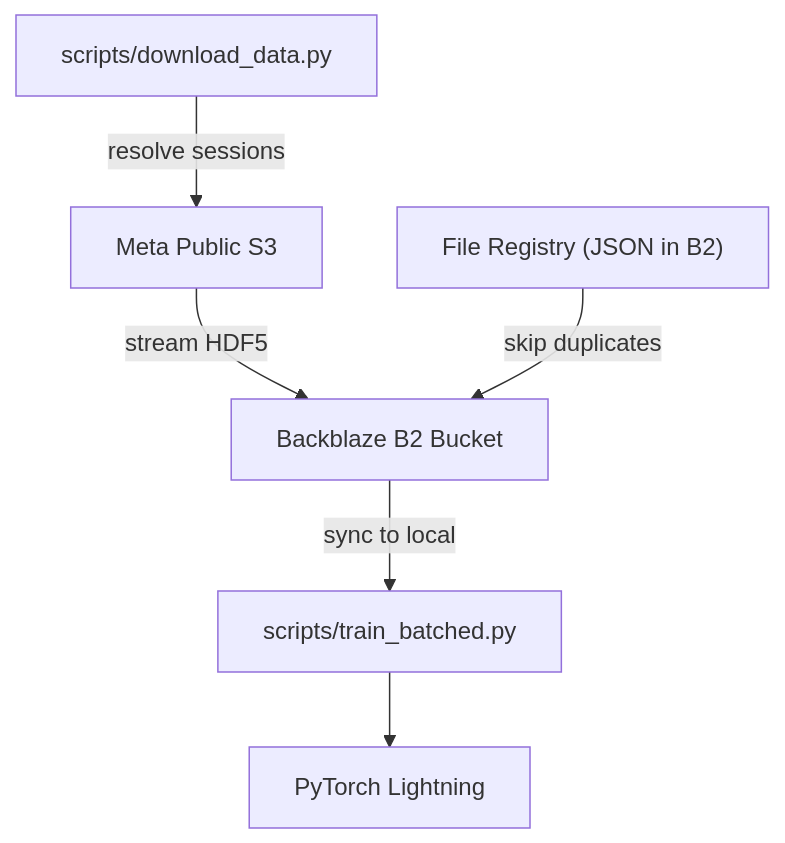
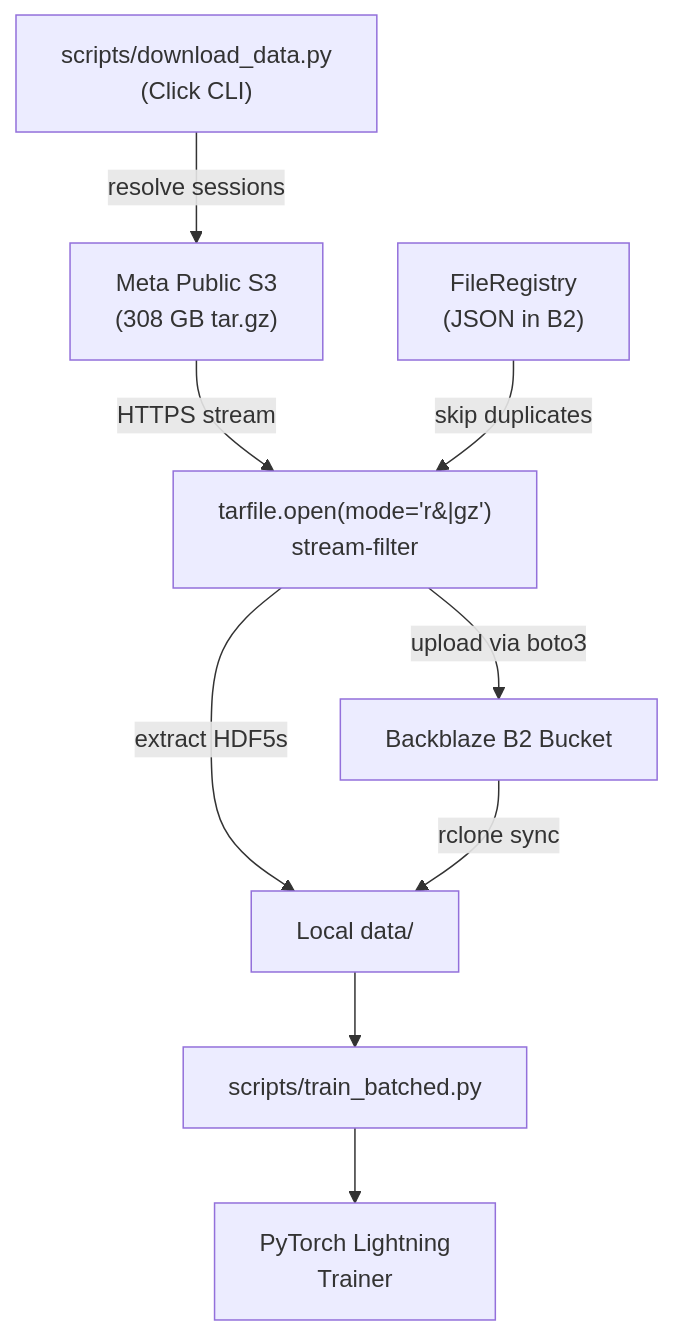
Before and after one commit to Ygali04/C147-project-sEMG-ML: the diagram in docs/pipeline/index.md, drawn with Mermaid. The commit also changed other lines of this file and 322 other files, not shown here.

````diff
--- a/docs/pipeline/index.md
+++ b/docs/pipeline/index.md
@@ -7,15 +9,20 @@
 ```mermaid
 flowchart TD
-    CLI["scripts/download_data.py"]
-    Meta["Meta Public S3"]
-    Registry["File Registry (JSON in B2)"]
+    CLI["scripts/download_data.py<br/>(Click CLI)"]
+    Meta["Meta Public S3<br/>(308 GB tar.gz)"]
+    Stream["tarfile.open(mode='r&#124;gz')<br/>stream-filter"]
+    Registry["FileRegistry<br/>(JSON in B2)"]
     B2["Backblaze B2 Bucket"]
+    Local["Local data/"]
     Train["scripts/train_batched.py"]
-    Lightning["PyTorch Lightning"]
+    Lightning["PyTorch Lightning<br/>Trainer"]
 
     CLI -->|"resolve sessions"| Meta
-    Meta -->|"stream HDF5"| B2
-    Registry -->|"skip duplicates"| B2
-    B2 -->|"sync to local"| Train
+    Meta -->|"HTTPS stream"| Stream
+    Stream -->|"extract HDF5s"| Local
+    Stream -->|"upload via boto3"| B2
+    Registry -->|"skip duplicates"| Stream
+    B2 -->|"rclone sync"| Local
+    Local --> Train
     Train --> Lightning
 ```
````
